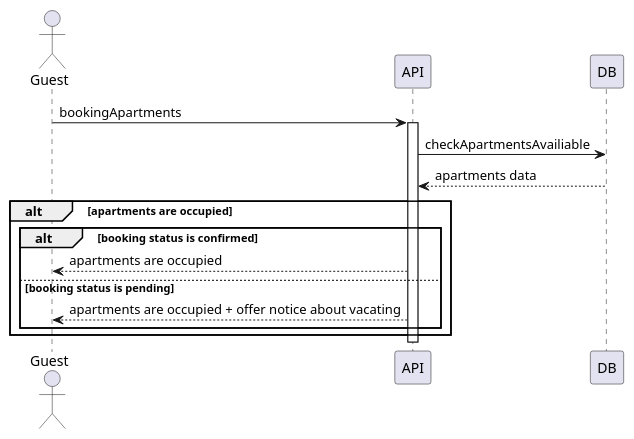
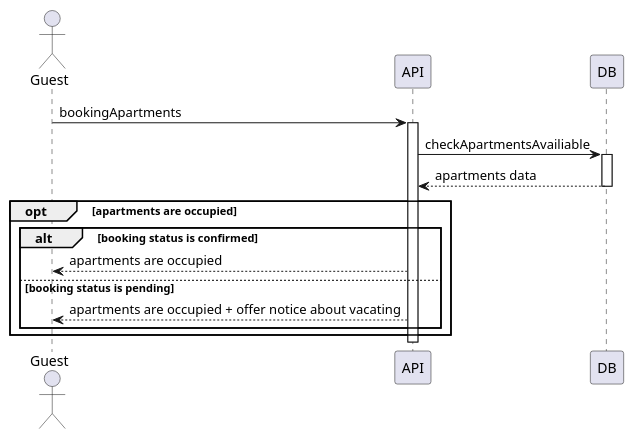
The diagram in lab3/sequence-3.md (opvlad/kpi-mavpz), drawn with PlantUML before and after one commit. The commit also changed 2 other files, not shown here.

Commit message:
fix: activation bars for DB, WFP, Celery

````diff
--- a/lab3/sequence-3.md
+++ b/lab3/sequence-3.md
@@ -2,23 +2,25 @@
 ```plantuml
 @startuml
 
 actor Guest as guest
 
 guest -> API : bookingApartments
 activate API
 
 API -> DB : checkApartmentsAvailiable
+activate DB 
 DB --> API : apartments data
+deactivate DB 
 
-alt apartments are occupied
+opt apartments are occupied
 alt booking status is confirmed
 API --> guest : apartments are occupied
 else booking status is pending
 API --> guest : apartments are occupied + offer notice about vacating
 end
 end
 deactivate API
 
 
 @enduml
 ```
````
